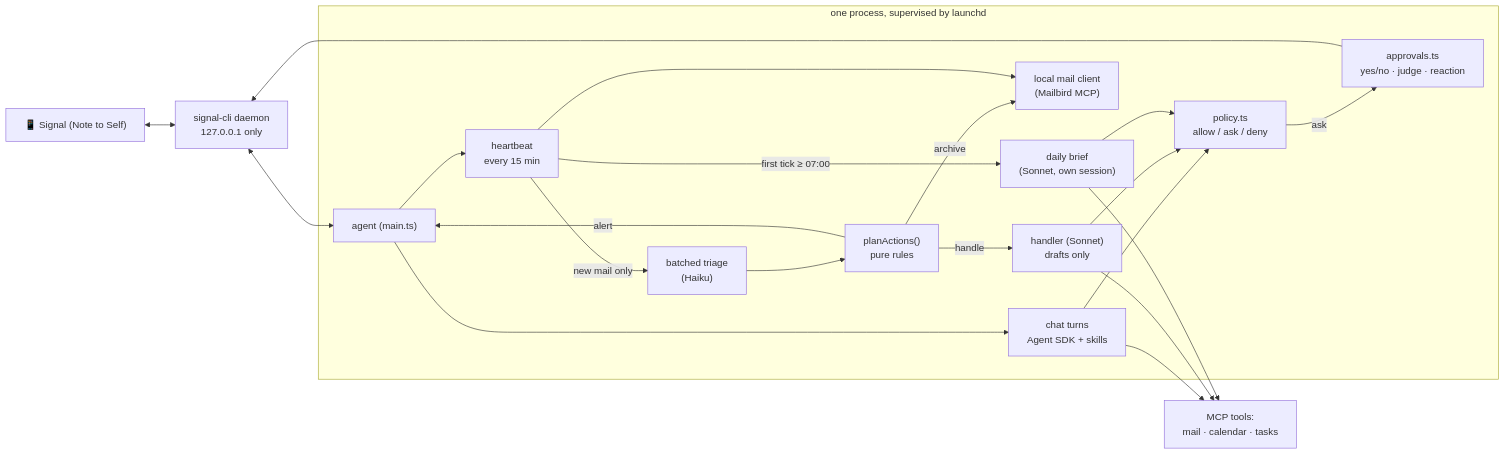
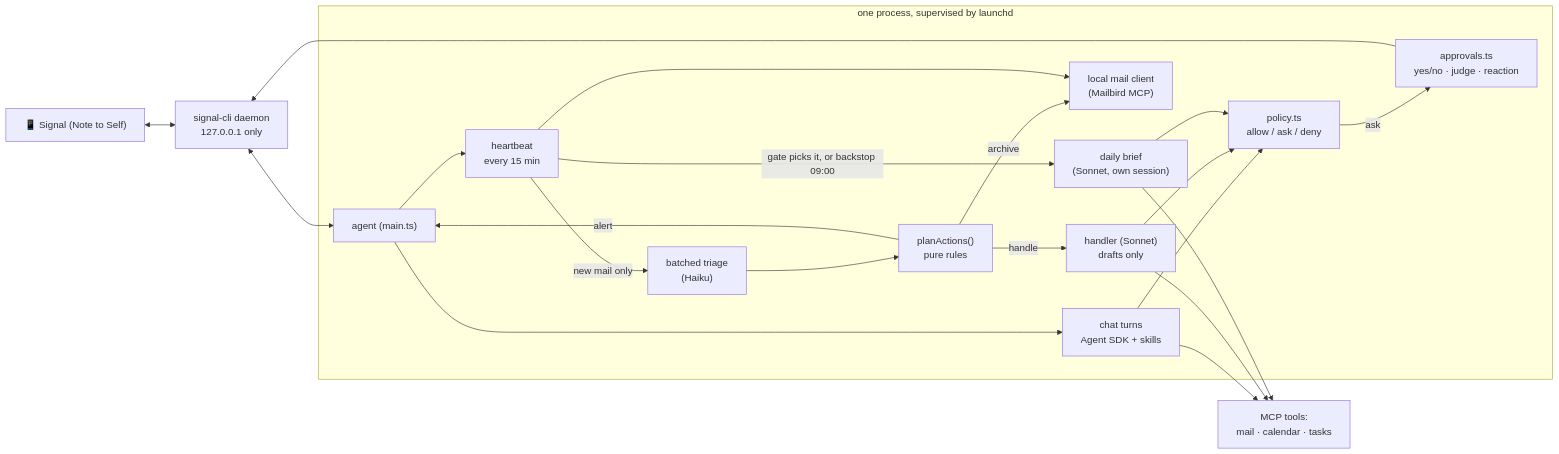
The diagram in docs/ARCHITECTURE.md (bbinoy/assistant-harness), drawn with Mermaid before and after one commit. The commit also changed other lines of this file and 22 other files, not shown here.

First line of the commit message:
Brief and radar become gate tasks: named run profiles, Task type, owner-only presets, brief backstop; independent heartbeat jobs; caps removed; background run may search

````diff
--- a/docs/ARCHITECTURE.md
+++ b/docs/ARCHITECTURE.md
@@ -3,20 +3,20 @@
 ```mermaid
 flowchart LR
   phone["📱 Signal (Note to Self)"] <--> sc["signal-cli daemon<br/>127.0.0.1 only"]
   sc <--> main["agent (main.ts)"]
   subgraph agent["one process, supervised by launchd"]
     main --> chat["chat turns<br/>Agent SDK + skills"]
     main --> hb["heartbeat<br/>every 15 min"]
     hb -->|"new mail only"| tri["batched triage<br/>(Haiku)"]
     tri --> plan["planActions()<br/>pure rules"]
     plan -->|archive| mail
     plan -->|alert| main
     plan -->|handle| hand["handler (Sonnet)<br/>drafts only"]
-    hb -->|"first tick ≥ 07:00"| brief["daily brief<br/>(Sonnet, own session)"]
+    hb -->|"gate picks it, or backstop 09:00"| brief["daily brief<br/>(Sonnet, own session)"]
     chat & hand & brief --> pol["policy.ts<br/>allow / ask / deny"]
     pol -->|ask| appr["approvals.ts<br/>yes/no · judge · reaction"]
   end
   hb --> mail["local mail client<br/>(Mailbird MCP)"]
   chat & hand & brief --> tools["MCP tools:<br/>mail · calendar · tasks"]
   appr --> sc
 ```
````
